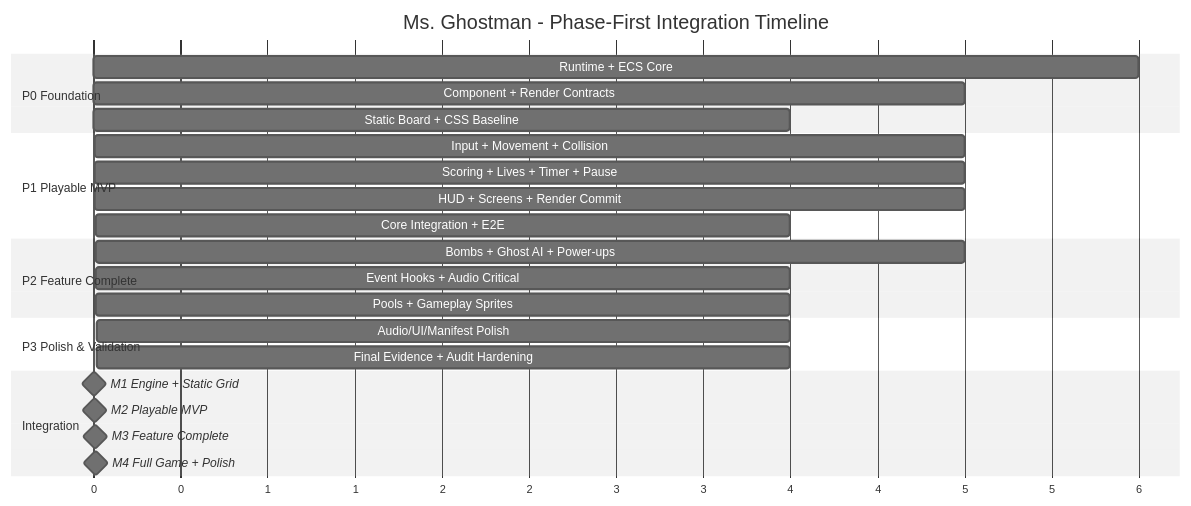
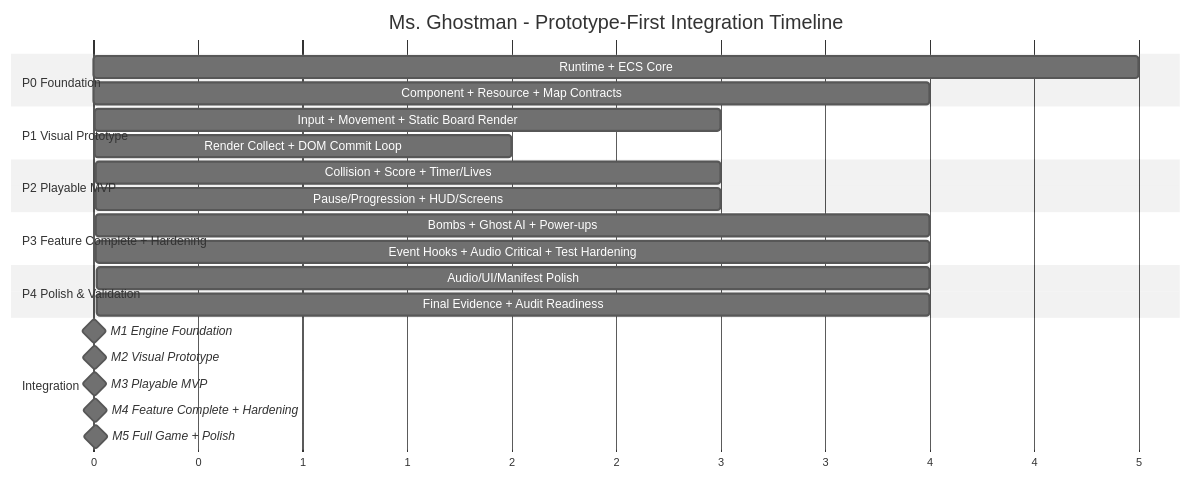
The second of 2 diagrams in docs/implementation/implementation-plan.md (ertval/make-your-game), drawn with Mermaid (neutral theme) before and after one commit. The commit also changed other lines of this file and 8 other files, not shown here.

First line of the commit message:
Refactor implementation plan and ticket tracker for prototype-first execution policy

````diff
--- a/docs/implementation/implementation-plan.md
+++ b/docs/implementation/implementation-plan.md
@@ -380,32 +382,33 @@
 ```mermaid
 gantt
-    title Ms. Ghostman - Phase-First Integration Timeline
+    title Ms. Ghostman - Prototype-First Integration Timeline
     dateFormat  X
     axisFormat %s
 
     section P0 Foundation
-    Runtime + ECS Core: p0a, 0, 6
-    Component + Render Contracts: p0b, 1, 5
-    Static Board + CSS Baseline: p0c, 3, 4
+    Runtime + ECS Core: p0a, 0, 5
+    Component + Resource + Map Contracts: p0b, 1, 4
 
-    section P1 Playable MVP
-    Input + Movement + Collision: p1a, 6, 5
-    Scoring + Lives + Timer + Pause: p1b, 8, 5
-    HUD + Screens + Render Commit: p1c, 8, 5
-    Core Integration + E2E: p1d, 10, 4
+    section P1 Visual Prototype
+    Input + Movement + Static Board Render: p1a, 5, 3
+    Render Collect + DOM Commit Loop: p1b, 6, 2
 
-    section P2 Feature Complete
-    Bombs + Ghost AI + Power-ups: p2a, 13, 5
-    Event Hooks + Audio Critical: p2b, 14, 4
-    Pools + Gameplay Sprites: p2c, 14, 4
+    section P2 Playable MVP
+    Collision + Score + Timer/Lives: p2a, 8, 3
+    Pause/Progression + HUD/Screens: p2b, 9, 3
 
-    section P3 Polish & Validation
-    Audio/UI/Manifest Polish: p3a, 18, 4
-    Final Evidence + Audit Hardening: p3b, 20, 4
-    
+    section P3 Feature Complete + Hardening
+    Bombs + Ghost AI + Power-ups: p3a, 11, 4
+    Event Hooks + Audio Critical + Test Hardening: p3b, 12, 4
+
+    section P4 Polish & Validation
+    Audio/UI/Manifest Polish: p4a, 16, 4
+    Final Evidence + Audit Readiness: p4b, 18, 4
+
     section Integration
-    M1 Engine + Static Grid: milestone, m1, 6, 0
-    M2 Playable MVP: milestone, m2, 12, 0
-    M3 Feature Complete: milestone, m3, 18, 0
-    M4 Full Game + Polish: milestone, m4, 24, 0
+    M1 Engine Foundation: milestone, m1, 5, 0
+    M2 Visual Prototype: milestone, m2, 8, 0
+    M3 Playable MVP: milestone, m3, 11, 0
+    M4 Feature Complete + Hardening: milestone, m4, 16, 0
+    M5 Full Game + Polish: milestone, m5, 22, 0
 ```
````
